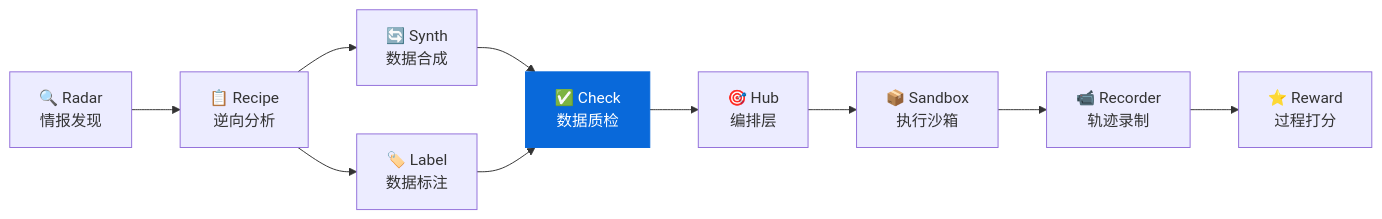
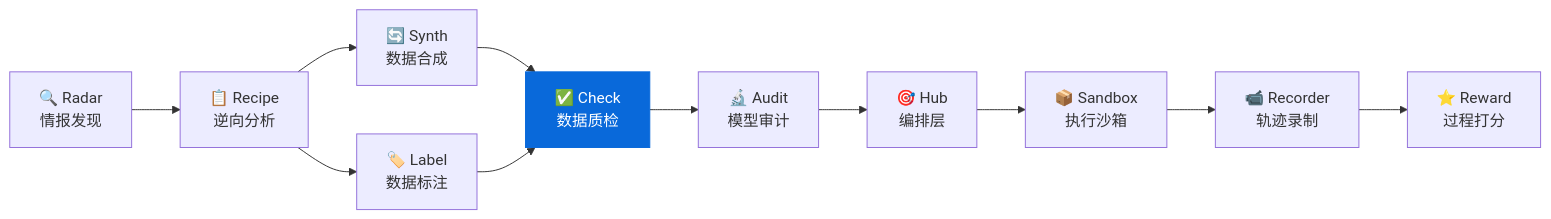
Before and after one commit to liuxiaotong/data-check: the first of 2 diagrams in README.md, drawn with Mermaid. The commit also changed other lines of this file, not shown here.

Commit message:
生态表格加入 ModelAudit (9→10)

````diff
--- a/README.md
+++ b/README.md
@@ -306,13 +306,14 @@
 ```mermaid
 graph LR
     Radar["🔍 Radar<br/>情报发现"] --> Recipe["📋 Recipe<br/>逆向分析"]
     Recipe --> Synth["🔄 Synth<br/>数据合成"]
     Recipe --> Label["🏷️ Label<br/>数据标注"]
     Synth --> Check["✅ Check<br/>数据质检"]
     Label --> Check
-    Check --> Hub["🎯 Hub<br/>编排层"]
+    Check --> Audit["🔬 Audit<br/>模型审计"]
+    Audit --> Hub["🎯 Hub<br/>编排层"]
     Hub --> Sandbox["📦 Sandbox<br/>执行沙箱"]
     Sandbox --> Recorder["📹 Recorder<br/>轨迹录制"]
     Recorder --> Reward["⭐ Reward<br/>过程打分"]
     style Check fill:#0969da,color:#fff,stroke:#0969da
 ```
````
